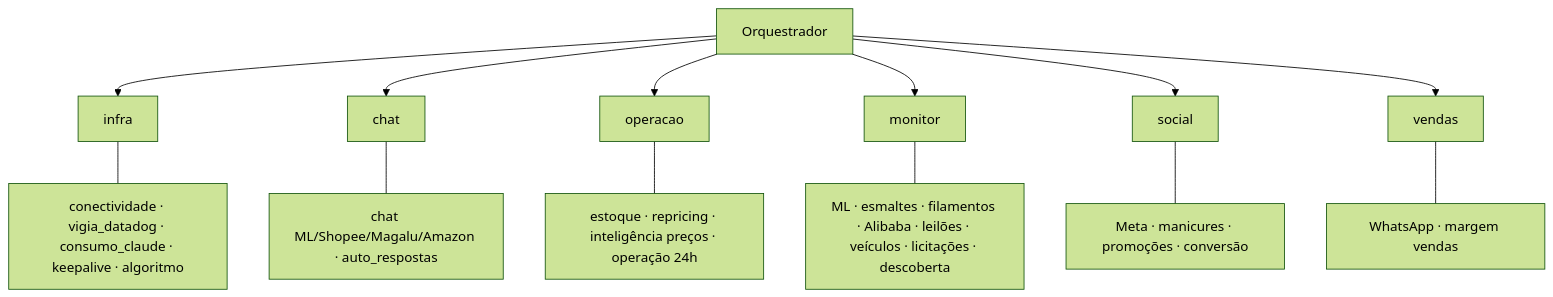
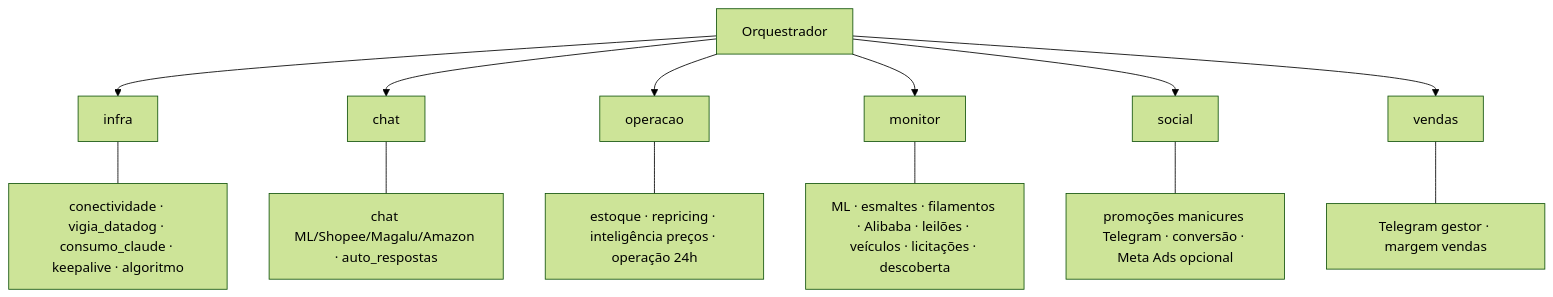
The third of 10 diagrams in docs/ARQUITETURA.md (joaolago38/Robo-Markplaces), drawn with Mermaid (forest theme) before and after one commit. The commit also changed other lines of this file and 55 other files, not shown here.

````diff
--- a/docs/ARQUITETURA.md
+++ b/docs/ARQUITETURA.md
@@ -87,17 +86,17 @@
 ```mermaid
 flowchart TB
   ORQ[Orquestrador]
   ORQ --> INFRA[infra]
   ORQ --> CHAT[chat]
   ORQ --> OP[operacao]
   ORQ --> MON[monitor]
   ORQ --> SOC[social]
   ORQ --> VEN[vendas]
 
   INFRA --- I1[conectividade · vigia_datadog · consumo_claude · keepalive · algoritmo]
   CHAT --- C1[chat ML/Shopee/Magalu/Amazon · auto_respostas]
   OP --- O1[estoque · repricing · inteligência preços · operação 24h]
   MON --- M1[ML · esmaltes · filamentos · Alibaba · leilões · veículos · licitações · descoberta]
-  SOC --- S1[Meta · manicures · promoções · conversão]
-  VEN --- V1[WhatsApp · margem vendas]
+  SOC --- S1[promoções manicures Telegram · conversão · Meta Ads opcional]
+  VEN --- V1[Telegram gestor · margem vendas]
 ```
````
